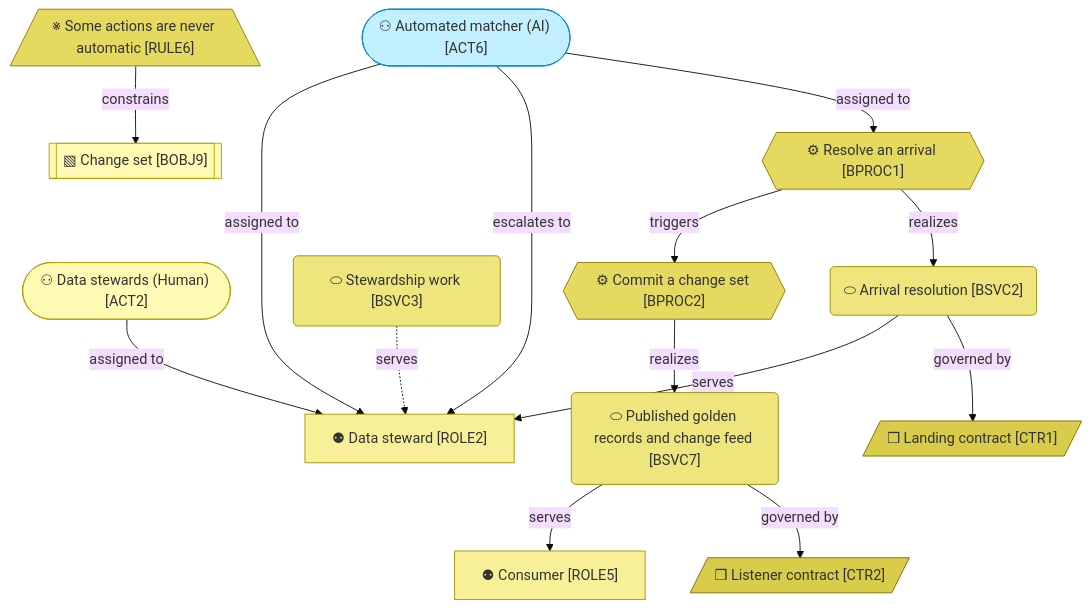
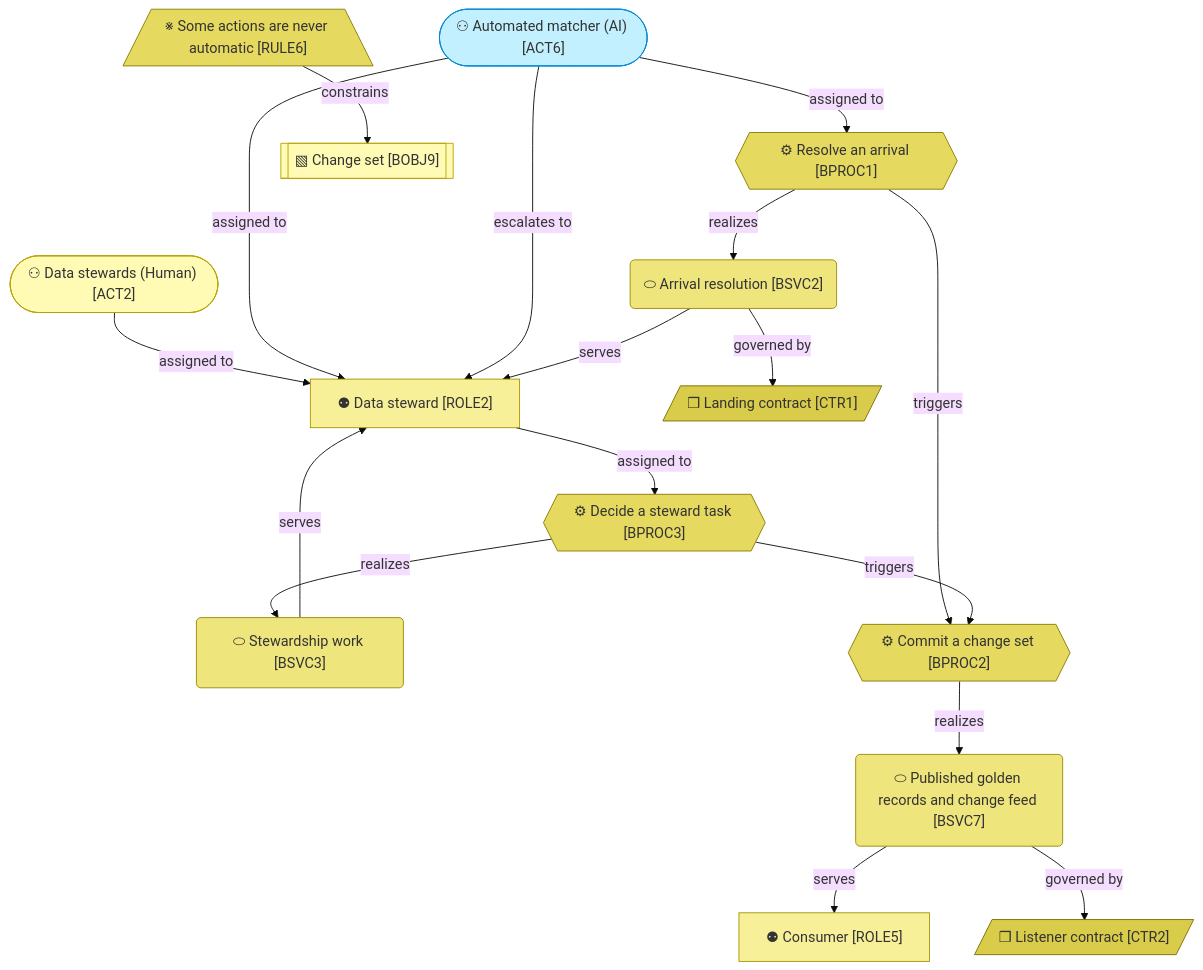
Before and after one commit to roanboc/dbx-master-data-manager: the second of 2 diagrams in architecture/2_business/README.md, drawn with Mermaid (base theme). The commit also changed other lines of this file and 43 other files, not shown here.

````diff
--- a/architecture/2_business/README.md
+++ b/architecture/2_business/README.md
@@ -58,39 +58,43 @@
 ```mermaid
 flowchart TB
   act2(["⚇ Data stewards (Human) [ACT2]"]):::actor
   act6(["⚇ Automated matcher (AI) [ACT6]"]):::actorAI
   role2["⚉ Data steward [ROLE2]"]:::role
   role5["⚉ Consumer [ROLE5]"]:::role
   bsvc2("⬭ Arrival resolution [BSVC2]"):::service
   bsvc3("⬭ Stewardship work [BSVC3]"):::service
   bsvc7("⬭ Published golden records and change feed [BSVC7]"):::service
   bproc1{{"⚙ Resolve an arrival [BPROC1]"}}:::process
   bproc2{{"⚙ Commit a change set [BPROC2]"}}:::process
+  bproc3{{"⚙ Decide a steward task [BPROC3]"}}:::process
   ctr1[/"❒ Landing contract [CTR1]"/]:::contract
   ctr2[/"❒ Listener contract [CTR2]"/]:::contract
   rule6[/"※ Some actions are never automatic [RULE6]"\]:::rule
   bobj9[["▧ Change set [BOBJ9]"]]:::object
 
   act2 -->|assigned to| role2
   act6 -->|assigned to| role2
   act6 -->|escalates to| role2
   act6 -->|assigned to| bproc1
   bproc1 -->|triggers| bproc2
+  role2 -->|assigned to| bproc3
+  bproc3 -->|triggers| bproc2
+  bproc3 -->|realizes| bsvc3
   bproc1 -->|realizes| bsvc2
   bproc2 -->|realizes| bsvc7
   bsvc2 -->|serves| role2
-  bsvc3 -.->|serves| role2
+  bsvc3 -->|serves| role2
   bsvc7 -->|serves| role5
   bsvc2 -->|governed by| ctr1
   bsvc7 -->|governed by| ctr2
   rule6 -->|constrains| bobj9
 
   classDef actor fill:#fffbb5,stroke:#b8a200,color:#333
   classDef actorAI fill:#c2f0ff,stroke:#0288d1,color:#333
   classDef role fill:#f7f099,stroke:#a89400,color:#333
   classDef service fill:#efe57d,stroke:#9c8a00,color:#333
   classDef contract fill:#d9cc4a,stroke:#7a6c00,color:#333
   classDef process fill:#e5d95f,stroke:#8a7a00,color:#333
   classDef object fill:#fffbb5,stroke:#b8a200,color:#333
   classDef rule fill:#e5d95f,stroke:#8a7a00,color:#333
 ```
````
